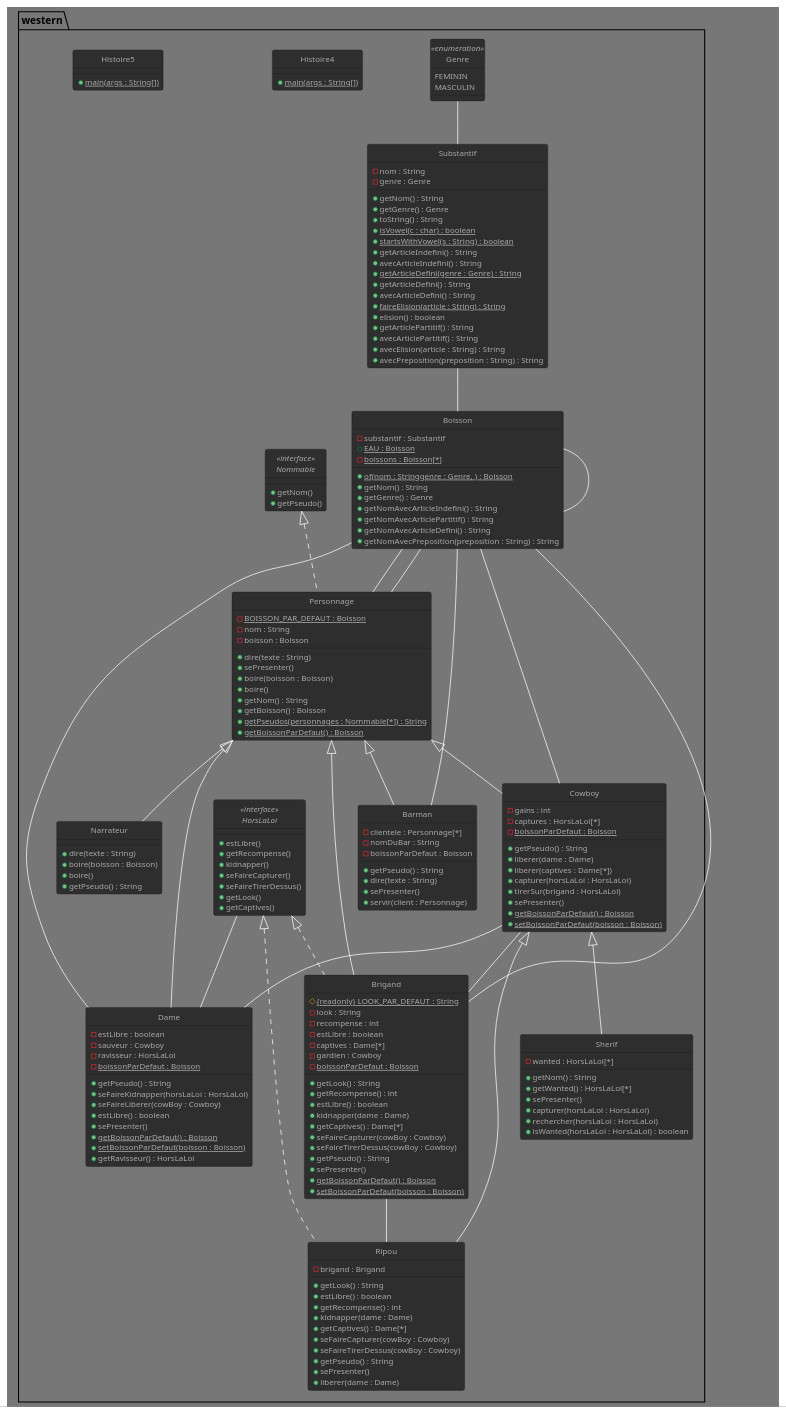
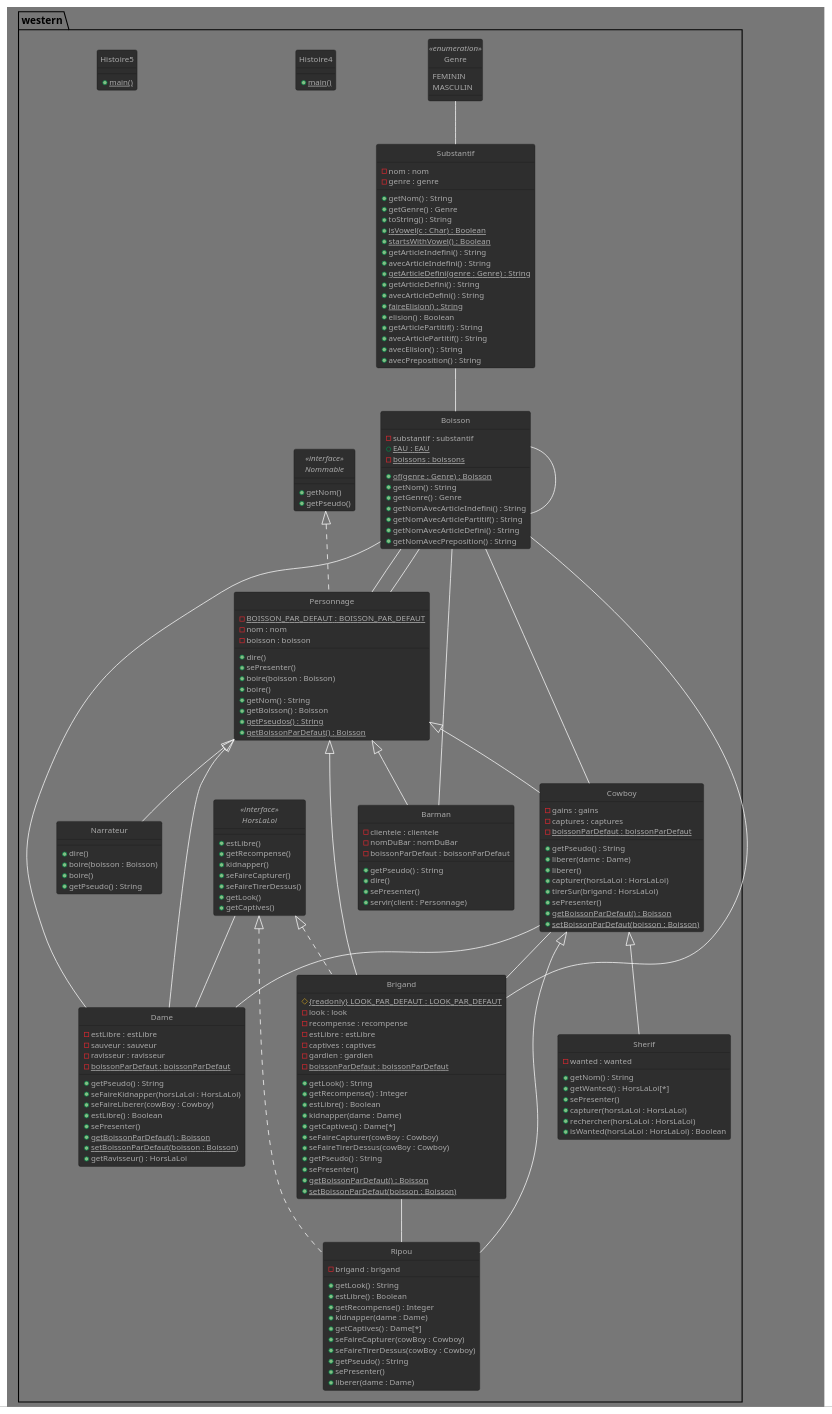
Before and after one commit to GlazKrovi/JavaToPlantUML: the diagram in generates/pumls/DCC_western.puml, drawn with PlantUML. The commit also changed 7 other files, not shown here.

```diff
--- a/generates/pumls/DCC_western.puml
+++ b/generates/pumls/DCC_western.puml
@@ -1,187 +1,187 @@
 @startuml
 !theme reddress-darkgreen
 skinparam style strictuml
 
 package western {
 class Barman extends western.Personnage {
--clientele : Personnage[*]
--nomDuBar : String
--boissonParDefaut : Boisson
+-clientele : clientele
+-nomDuBar : nomDuBar
+-boissonParDefaut : boissonParDefaut
 +getPseudo() : String
-+dire(texte : String)
++dire()
 +sePresenter()
 +servir(client : Personnage)
 
 }
 class Boisson {
--substantif : Substantif
-+ {static} EAU : Boisson
-- {static} boissons : Boisson[*]
-+ {static} of(nom : Stringgenre : Genre, ) : Boisson
+-substantif : substantif
++ {static} EAU : EAU
+- {static} boissons : boissons
++ {static} of(genre : Genre) : Boisson
 +getNom() : String
 +getGenre() : Genre
 +getNomAvecArticleIndefini() : String
 +getNomAvecArticlePartitif() : String
 +getNomAvecArticleDefini() : String
-+getNomAvecPreposition(preposition : String) : String
++getNomAvecPreposition() : String
 
 }
 class Brigand extends western.Personnage implements western.HorsLaLoi {
-# {static}  {readonly} LOOK_PAR_DEFAUT : String
--look : String
--recompense : int
--estLibre : boolean
--captives : Dame[*]
--gardien : Cowboy
+# {static}  {readonly} LOOK_PAR_DEFAUT : LOOK_PAR_DEFAUT
+-look : look
+-recompense : recompense
+-estLibre : estLibre
+-captives : captives
+-gardien : gardien
 +getLook() : String
-+getRecompense() : int
-+estLibre() : boolean
++getRecompense() : Integer
++estLibre() : Boolean
 +kidnapper(dame : Dame)
 +getCaptives() : Dame[*]
 +seFaireCapturer(cowBoy : Cowboy)
 +seFaireTirerDessus(cowBoy : Cowboy)
 +getPseudo() : String
 +sePresenter()
-- {static} boissonParDefaut : Boisson
+- {static} boissonParDefaut : boissonParDefaut
 + {static} getBoissonParDefaut() : Boisson
 + {static} setBoissonParDefaut(boisson : Boisson)
 
 }
 class Cowboy extends western.Personnage {
--gains : int
--captures : HorsLaLoi[*]
+-gains : gains
+-captures : captures
 +getPseudo() : String
 +liberer(dame : Dame)
-+liberer(captives : Dame[*])
++liberer()
 +capturer(horsLaLoi : HorsLaLoi)
 +tirerSur(brigand : HorsLaLoi)
 +sePresenter()
-- {static} boissonParDefaut : Boisson
+- {static} boissonParDefaut : boissonParDefaut
 + {static} getBoissonParDefaut() : Boisson
 + {static} setBoissonParDefaut(boisson : Boisson)
 
 }
 class Dame extends western.Personnage {
--estLibre : boolean
--sauveur : Cowboy
--ravisseur : HorsLaLoi
+-estLibre : estLibre
+-sauveur : sauveur
+-ravisseur : ravisseur
 +getPseudo() : String
 +seFaireKidnapper(horsLaLoi : HorsLaLoi)
 +seFaireLiberer(cowBoy : Cowboy)
-+estLibre() : boolean
++estLibre() : Boolean
 +sePresenter()
-- {static} boissonParDefaut : Boisson
+- {static} boissonParDefaut : boissonParDefaut
 + {static} getBoissonParDefaut() : Boisson
 + {static} setBoissonParDefaut(boisson : Boisson)
 +getRavisseur() : HorsLaLoi
 
 }
 enum Genre <<enumeration>> {
 FEMININ
 MASCULIN
 
 }
 class Histoire4 {
-+ {static} main(args : String[])
++ {static} main()
 
 }
 class Histoire5 {
-+ {static} main(args : String[])
++ {static} main()
 
 }
 interface HorsLaLoi <<interface>> {
 +estLibre()
 +getRecompense()
 +kidnapper()
 +seFaireCapturer()
 +seFaireTirerDessus()
 +getLook()
 +getCaptives()
 
 }
 class Narrateur extends western.Personnage {
-+dire(texte : String)
++dire()
 +boire(boisson : Boisson)
 +boire()
 +getPseudo() : String
 
 }
 interface Nommable <<interface>> {
 +getNom()
 +getPseudo()
 
 }
 class Personnage implements western.Nommable {
-- {static} BOISSON_PAR_DEFAUT : Boisson
--nom : String
--boisson : Boisson
-+dire(texte : String)
+- {static} BOISSON_PAR_DEFAUT : BOISSON_PAR_DEFAUT
+-nom : nom
+-boisson : boisson
++dire()
 +sePresenter()
 +boire(boisson : Boisson)
 +boire()
 +getNom() : String
 +getBoisson() : Boisson
-+ {static} getPseudos(personnages : Nommable[*]) : String
++ {static} getPseudos() : String
 + {static} getBoissonParDefaut() : Boisson
 
 }
 class Ripou extends western.Cowboy implements western.HorsLaLoi {
--brigand : Brigand
+-brigand : brigand
 +getLook() : String
-+estLibre() : boolean
-+getRecompense() : int
++estLibre() : Boolean
++getRecompense() : Integer
 +kidnapper(dame : Dame)
 +getCaptives() : Dame[*]
 +seFaireCapturer(cowBoy : Cowboy)
 +seFaireTirerDessus(cowBoy : Cowboy)
 +getPseudo() : String
 +sePresenter()
 +liberer(dame : Dame)
 
 }
 class Sherif extends western.Cowboy {
--wanted : HorsLaLoi[*]
+-wanted : wanted
 +getNom() : String
 +getWanted() : HorsLaLoi[*]
 +sePresenter()
 +capturer(horsLaLoi : HorsLaLoi)
 +rechercher(horsLaLoi : HorsLaLoi)
-+isWanted(horsLaLoi : HorsLaLoi) : boolean
++isWanted(horsLaLoi : HorsLaLoi) : Boolean
 
 }
 class Substantif {
--nom : String
--genre : Genre
+-nom : nom
+-genre : genre
 +getNom() : String
 +getGenre() : Genre
 +toString() : String
-+ {static} isVowel(c : char) : boolean
-+ {static} startsWithVowel(s : String) : boolean
++ {static} isVowel(c : Char) : Boolean
++ {static} startsWithVowel() : Boolean
 +getArticleIndefini() : String
 +avecArticleIndefini() : String
 + {static} getArticleDefini(genre : Genre) : String
 +getArticleDefini() : String
 +avecArticleDefini() : String
-+ {static} faireElision(article : String) : String
-+elision() : boolean
++ {static} faireElision() : String
++elision() : Boolean
 +getArticlePartitif() : String
 +avecArticlePartitif() : String
-+avecElision(article : String) : String
-+avecPreposition(preposition : String) : String
++avecElision() : String
++avecPreposition() : String
 
 }
 western.Boisson -- Barman
 western.Substantif -- Boisson
 western.Boisson -- Boisson
 western.Cowboy -- Brigand
 western.Boisson -- Brigand
 western.Boisson -- Cowboy
 western.Cowboy -- Dame
 western.HorsLaLoi -- Dame
 western.Boisson -- Dame
 western.Boisson -- Personnage
 western.Boisson -- Personnage
 western.Brigand -- Ripou
 western.Genre -- Substantif
 
 @enduml
```
